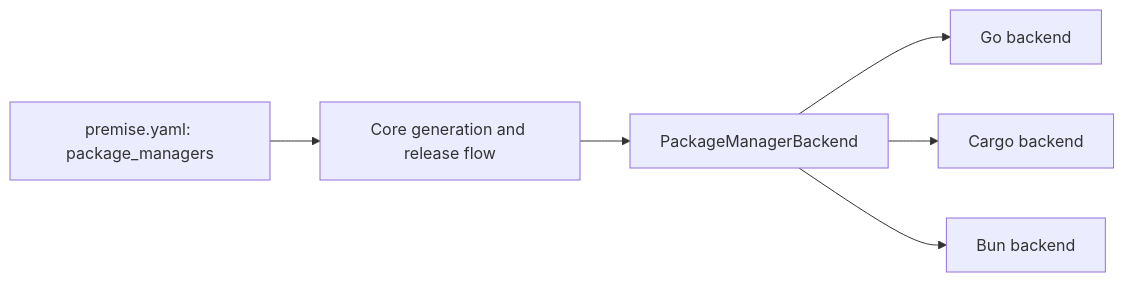
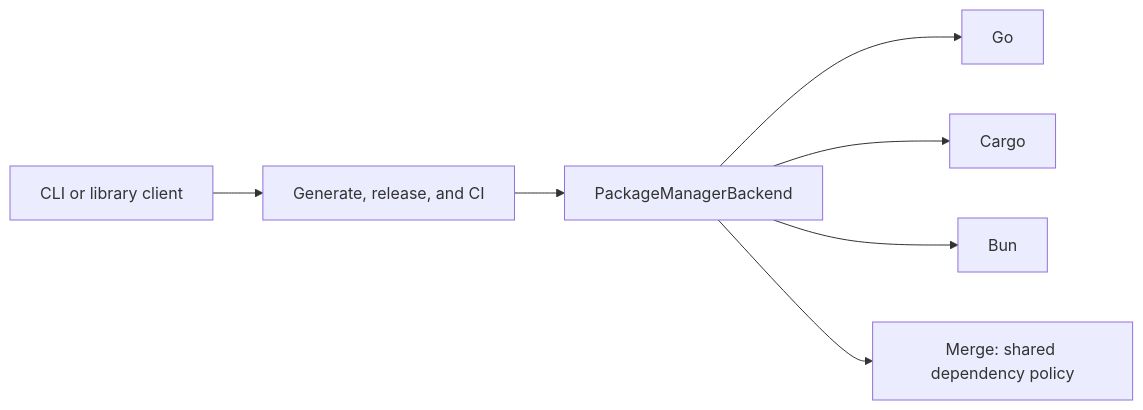
Before and after one commit to cloudvoyant/premise: the first of 4 diagrams in docs/modules/package-manager.md, drawn with Mermaid. The commit also changed other lines of this file and 18 other files, not shown here.

````diff
--- a/docs/modules/package-manager.md
+++ b/docs/modules/package-manager.md
@@ -55,8 +22,9 @@
 ```mermaid
 flowchart LR
-    Config["premise.yaml: package_managers"] --> Core["Core generation and release flow"]
-    Core --> Interface["PackageManagerBackend"]
-    Interface --> Go["Go backend"]
-    Interface --> Cargo["Cargo backend"]
-    Interface --> Bun["Bun backend"]
+    Client["CLI or library client"] --> Core["Generate, release, and CI"]
+    Core --> Contract["PackageManagerBackend"]
+    Contract --> Go["Go"]
+    Contract --> Cargo["Cargo"]
+    Contract --> Bun["Bun"]
+    Contract --> Merge["Merge: shared dependency policy"]
 ```
````
